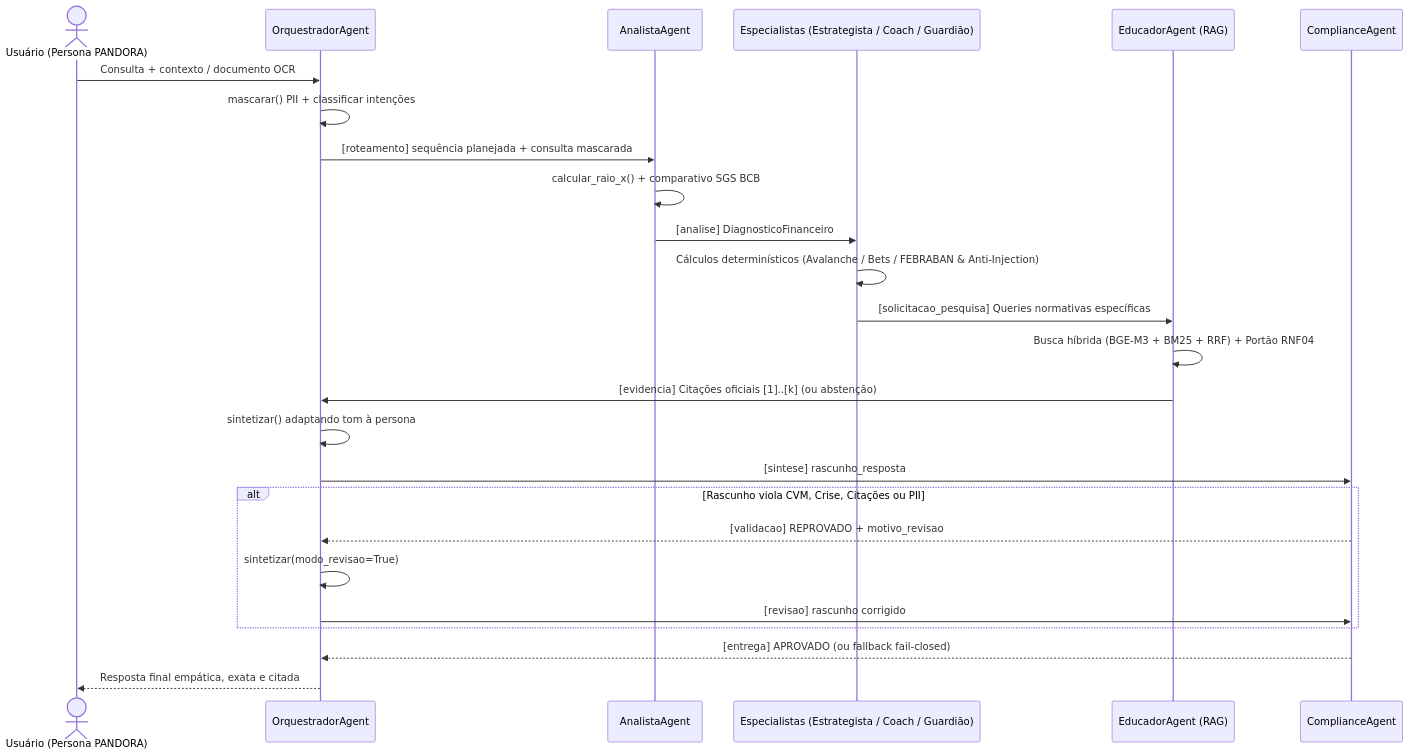
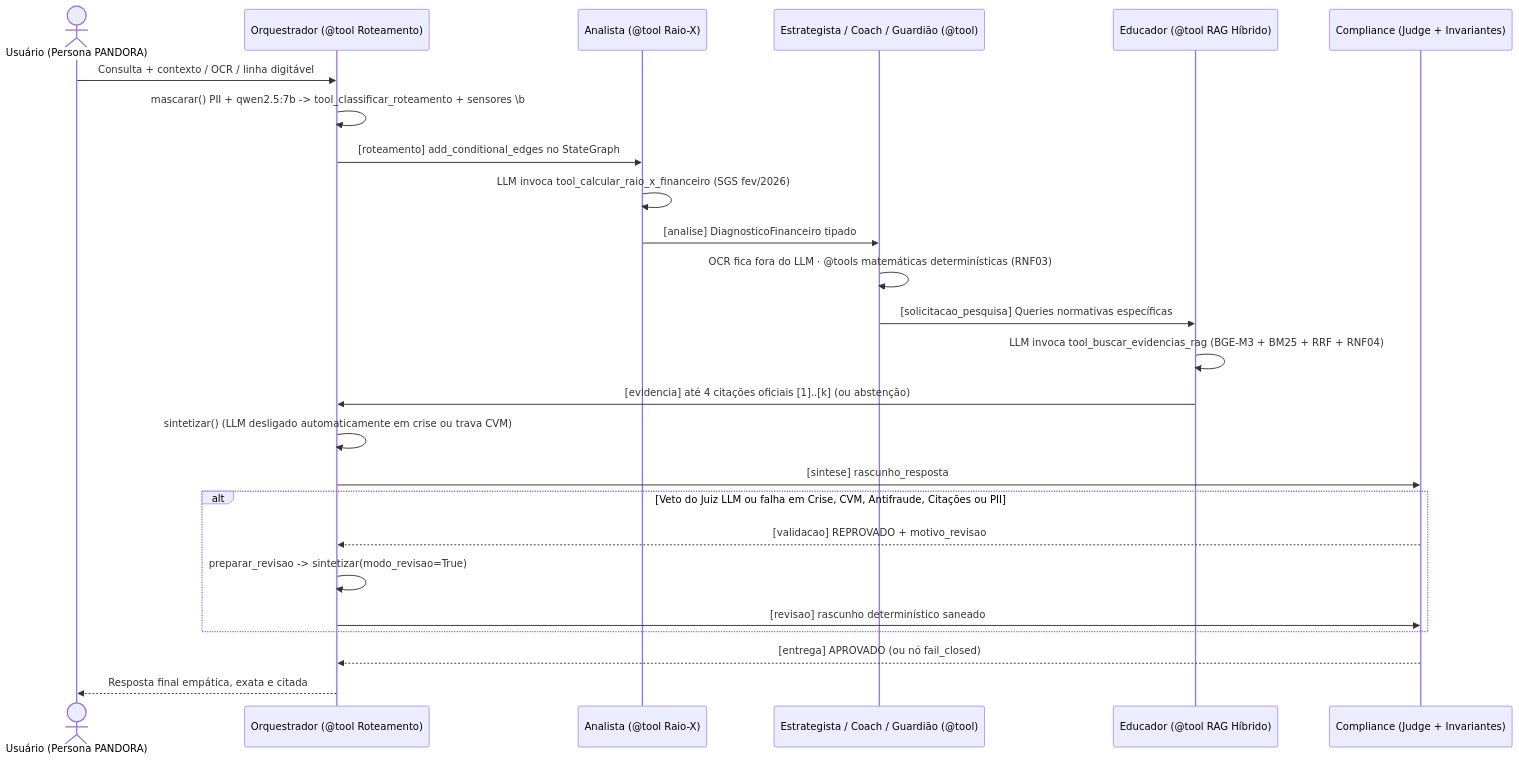
Before and after one commit to Andre-Atlas/PANDORA: the diagram in docs/entregas/04-primeiro-prototipo-multiagente/diagramas/fluxo-colaboracao.mmd, drawn with Mermaid. The commit also changed 52 other files, not shown here.

```diff
--- a/docs/entregas/04-primeiro-prototipo-multiagente/diagramas/fluxo-colaboracao.mmd
+++ b/docs/entregas/04-primeiro-prototipo-multiagente/diagramas/fluxo-colaboracao.mmd
@@ -1,26 +1,26 @@
 sequenceDiagram
     actor U as Usuário (Persona PANDORA)
-    participant O as OrquestradorAgent
-    participant AN as AnalistaAgent
-    participant SP as Especialistas (Estrategista / Coach / Guardião)
-    participant ED as EducadorAgent (RAG)
-    participant CG as ComplianceAgent
+    participant O as Orquestrador (@tool Roteamento)
+    participant AN as Analista (@tool Raio-X)
+    participant SP as Estrategista / Coach / Guardião (@tool)
+    participant ED as Educador (@tool RAG Híbrido)
+    participant CG as Compliance (Judge + Invariantes)
 
-    U->>O: Consulta + contexto / documento OCR
-    O->>O: mascarar() PII + classificar intenções
-    O->>AN: [roteamento] sequência planejada + consulta mascarada
-    AN->>AN: calcular_raio_x() + comparativo SGS BCB
-    AN->>SP: [analise] DiagnosticoFinanceiro
-    SP->>SP: Cálculos determinísticos (Avalanche / Bets / FEBRABAN & Anti-Injection)
+    U->>O: Consulta + contexto / OCR / linha digitável
+    O->>O: mascarar() PII + qwen2.5:7b -> tool_classificar_roteamento + sensores \b
+    O->>AN: [roteamento] add_conditional_edges no StateGraph
+    AN->>AN: LLM invoca tool_calcular_raio_x_financeiro (SGS fev/2026)
+    AN->>SP: [analise] DiagnosticoFinanceiro tipado
+    SP->>SP: OCR fica fora do LLM · @tools matemáticas determinísticas (RNF03)
     SP->>ED: [solicitacao_pesquisa] Queries normativas específicas
-    ED->>ED: Busca híbrida (BGE-M3 + BM25 + RRF) + Portão RNF04
-    ED->>O: [evidencia] Citações oficiais [1]..[k] (ou abstenção)
-    O->>O: sintetizar() adaptando tom à persona
+    ED->>ED: LLM invoca tool_buscar_evidencias_rag (BGE-M3 + BM25 + RRF + RNF04)
+    ED->>O: [evidencia] até 4 citações oficiais [1]..[k] (ou abstenção)
+    O->>O: sintetizar() (LLM desligado automaticamente em crise ou trava CVM)
     O->>CG: [sintese] rascunho_resposta
-    alt Rascunho viola CVM, Crise, Citações ou PII
+    alt Veto do Juiz LLM ou falha em Crise, CVM, Antifraude, Citações ou PII
         CG-->>O: [validacao] REPROVADO + motivo_revisao
-        O->>O: sintetizar(modo_revisao=True)
-        O->>CG: [revisao] rascunho corrigido
+        O->>O: preparar_revisao -> sintetizar(modo_revisao=True)
+        O->>CG: [revisao] rascunho determinístico saneado
     end
-    CG-->>O: [entrega] APROVADO (ou fallback fail-closed)
+    CG-->>O: [entrega] APROVADO (ou nó fail_closed)
     O-->>U: Resposta final empática, exata e citada
```
